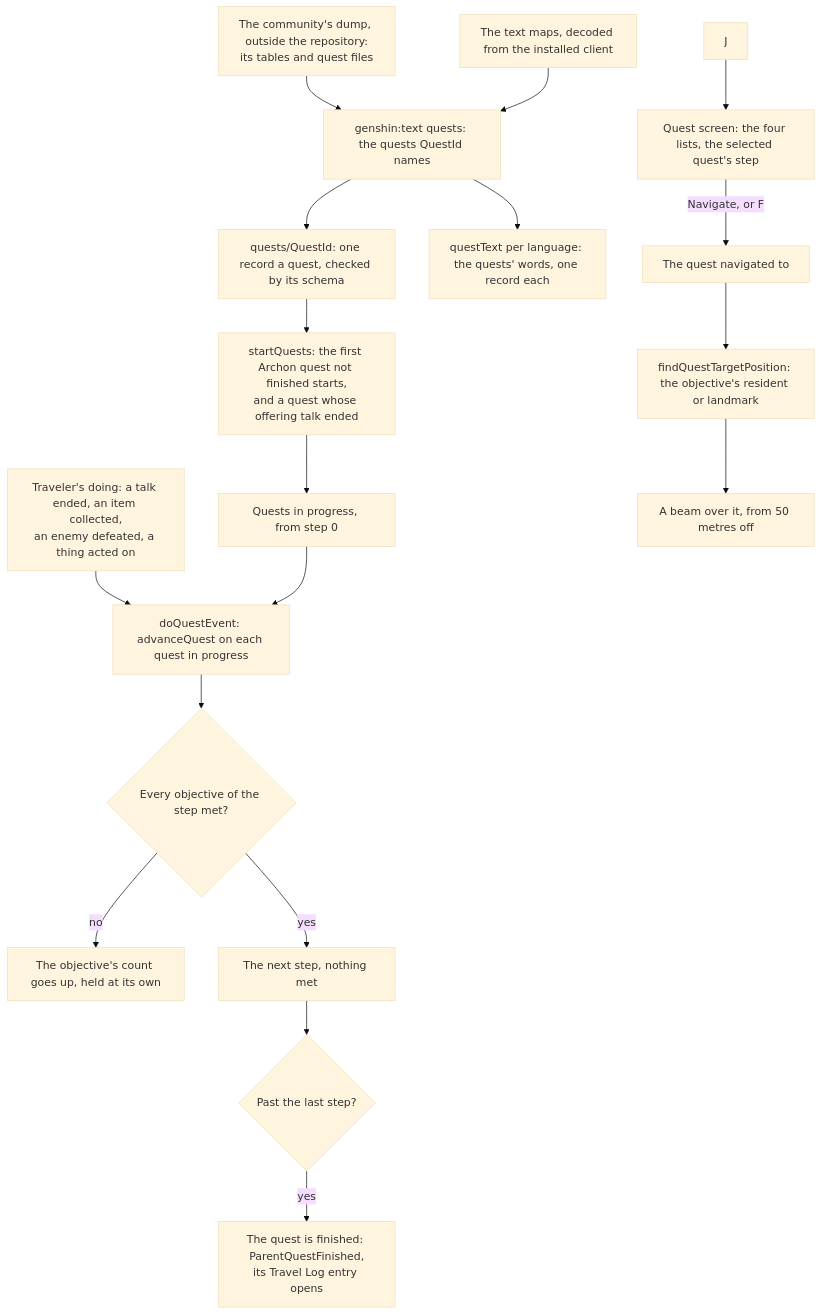
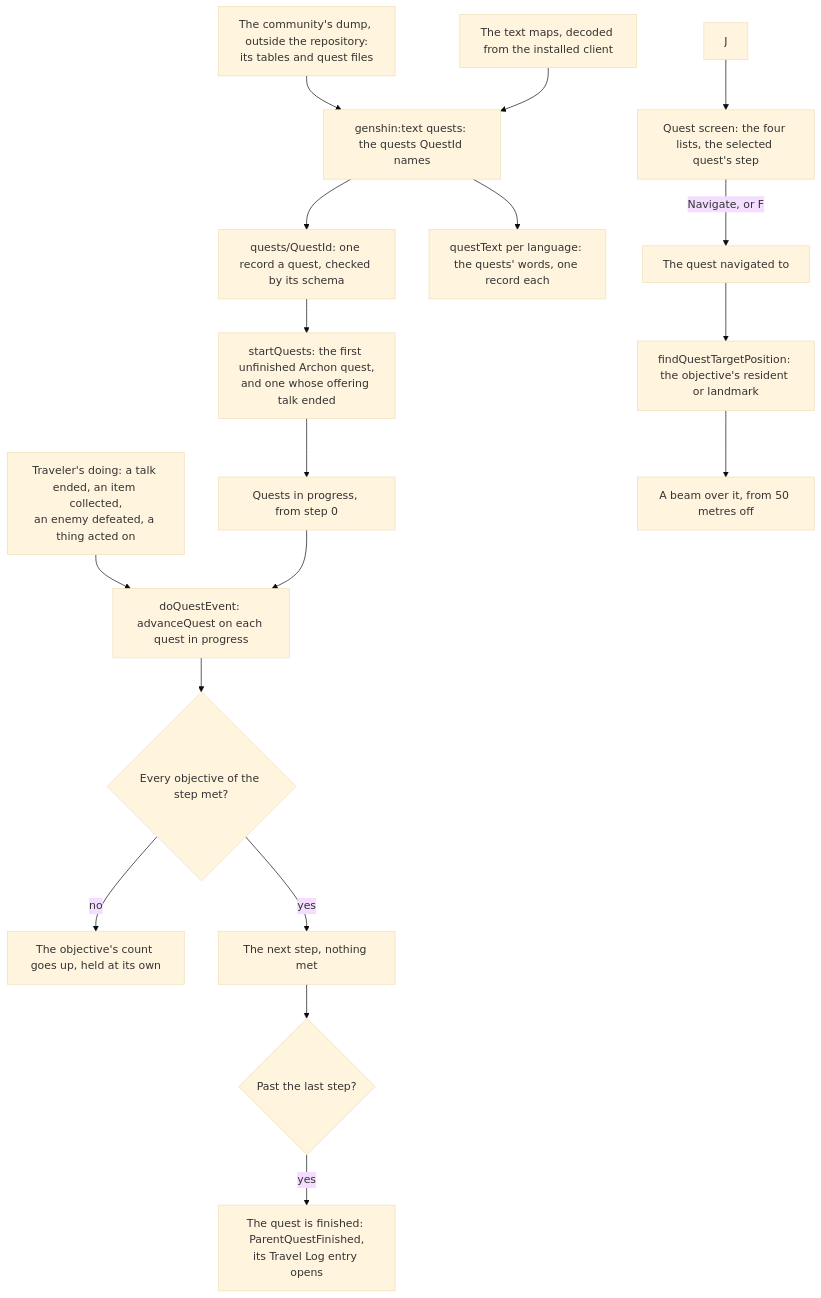
The diagram in apps/web/content/docs/genshin/quests.md (Esposter/Esposter), drawn with Mermaid (base theme) before and after one commit. The commit also changed 1 other file, not shown here.

Commit message:
docs(genshin): the kit framework's and the quests' diagram labels held to a name and one qualifier, their detail left to the prose
Claude-Session: https://claude.ai/code/session_01DHcujXoZm1h6YUN6jPX5DQ

````diff
--- a/apps/web/content/docs/genshin/quests.md
+++ b/apps/web/content/docs/genshin/quests.md
@@ -12,20 +12,20 @@
 ```mermaid
 flowchart TD
   DUMP["The community's dump, outside the repository:<br/>its tables and quest files"] --> READ["genshin:text quests: the quests QuestId names"]
   DECODE["The text maps, decoded from the installed client"] --> READ
   READ --> FILES["quests/QuestId: one record a quest, checked by its schema"]
   READ --> WORDS["questText per language: the quests' words, one record each"]
-  FILES --> START["startQuests: the first Archon quest not finished starts,<br/>and a quest whose offering talk ended"]
+  FILES --> START["startQuests: the first unfinished Archon quest,<br/>and one whose offering talk ended"]
   START --> PROGRESS["Quests in progress, from step 0"]
   DOING["Traveler's doing: a talk ended, an item collected,<br/>an enemy defeated, a thing acted on"] --> ADVANCE["doQuestEvent: advanceQuest on each quest in progress"]
   PROGRESS --> ADVANCE
   ADVANCE --> MET{"Every objective of the step met?"}
   MET -->|"no"| COUNT["The objective's count goes up, held at its own"]
   MET -->|"yes"| STEP["The next step, nothing met"]
   STEP --> DONE{"Past the last step?"}
   DONE -->|"yes"| FINISHED["The quest is finished: ParentQuestFinished,<br/>its Travel Log entry opens"]
   J["J"] --> SCREEN["Quest screen: the four lists, the selected quest's step"]
   SCREEN -->|"Navigate, or F"| TRACKED["The quest navigated to"]
   TRACKED --> TARGET["findQuestTargetPosition: the objective's resident or landmark"]
   TARGET --> BEAM["A beam over it, from 50 metres off"]
 ```
````
